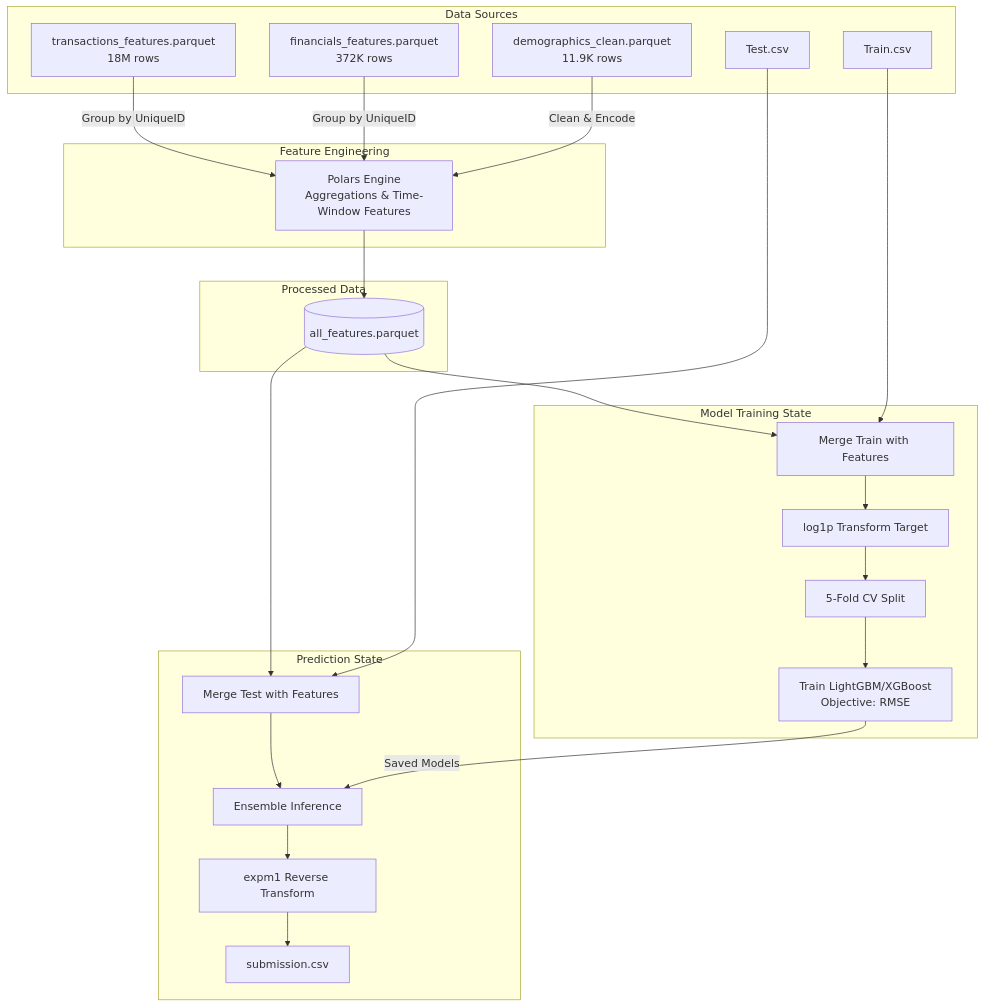
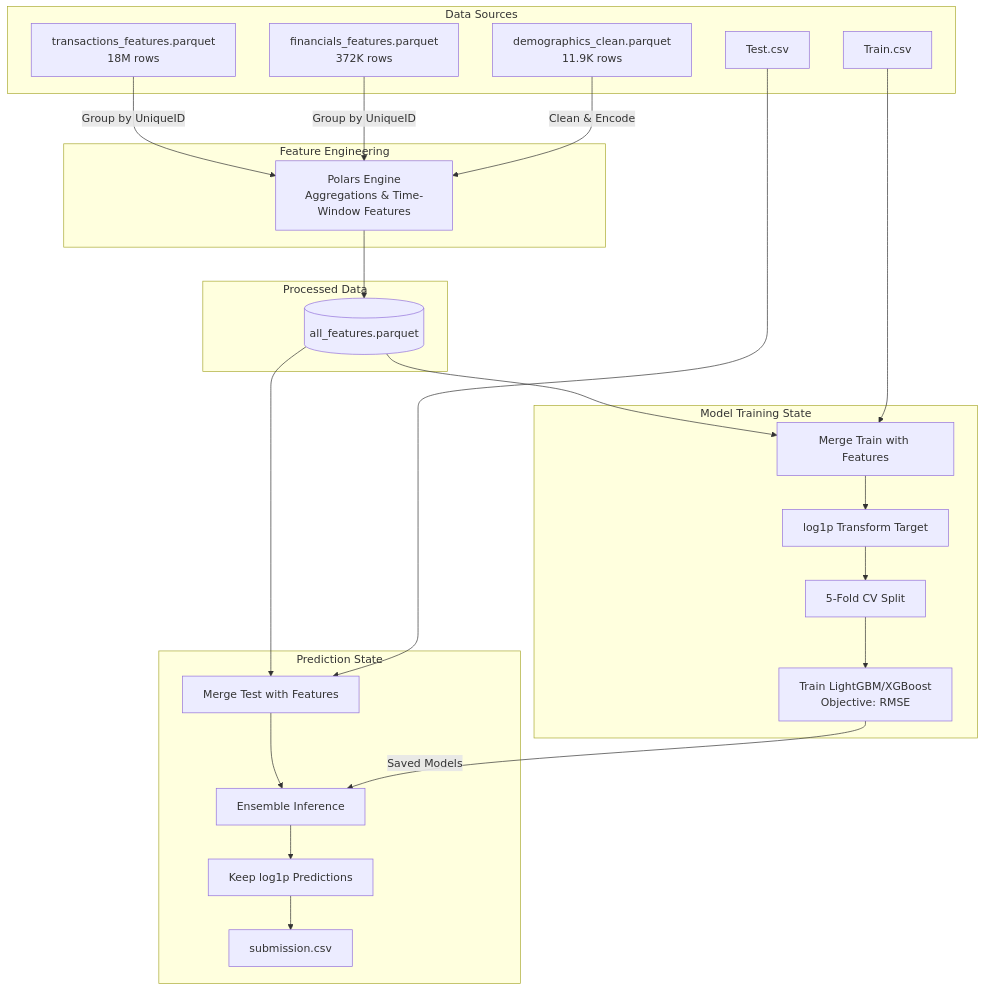
The diagram in README.md (KG-khangelani/bank-transaction-volume-forecast), drawn with Mermaid before and after one commit. The commit also changed other lines of this file and 19 other files, not shown here.

````diff
--- a/README.md
+++ b/README.md
@@ -43,49 +44,49 @@
 ```mermaid
 flowchart TD
     subgraph Data Sources
         T[transactions_features.parquet\n18M rows]
         F[financials_features.parquet\n372K rows]
         D[demographics_clean.parquet\n11.9K rows]
         Train[Train.csv]
         Test[Test.csv]
     end
 
     subgraph Feature Engineering
         PE[Polars Engine\nAggregations & Time-Window Features]
         T -->|Group by UniqueID| PE
         F -->|Group by UniqueID| PE
         D -->|Clean & Encode| PE
     end
 
     subgraph Processed Data
         AllFeats[(all_features.parquet)]
         PE --> AllFeats
     end
 
     subgraph Model Training State
         TrainMerge[Merge Train with Features]
         LogTransform[log1p Transform Target]
         KFold[5-Fold CV Split]
         LGBM[Train LightGBM/XGBoost\nObjective: RMSE]
         
         AllFeats --> TrainMerge
         Train --> TrainMerge
         TrainMerge --> LogTransform
         LogTransform --> KFold
         KFold --> LGBM
     end
 
     subgraph Prediction State
         TestMerge[Merge Test with Features]
         Predict[Ensemble Inference]
-        ExpTransform[expm1 Reverse Transform]
+        SubmitTransform[Keep log1p Predictions]
         Submit[submission.csv]
         
         AllFeats --> TestMerge
         Test --> TestMerge
         TestMerge --> Predict
         LGBM -->|Saved Models| Predict
-        Predict --> ExpTransform
-        ExpTransform --> Submit
+        Predict --> SubmitTransform
+        SubmitTransform --> Submit
     end
 ```
````
